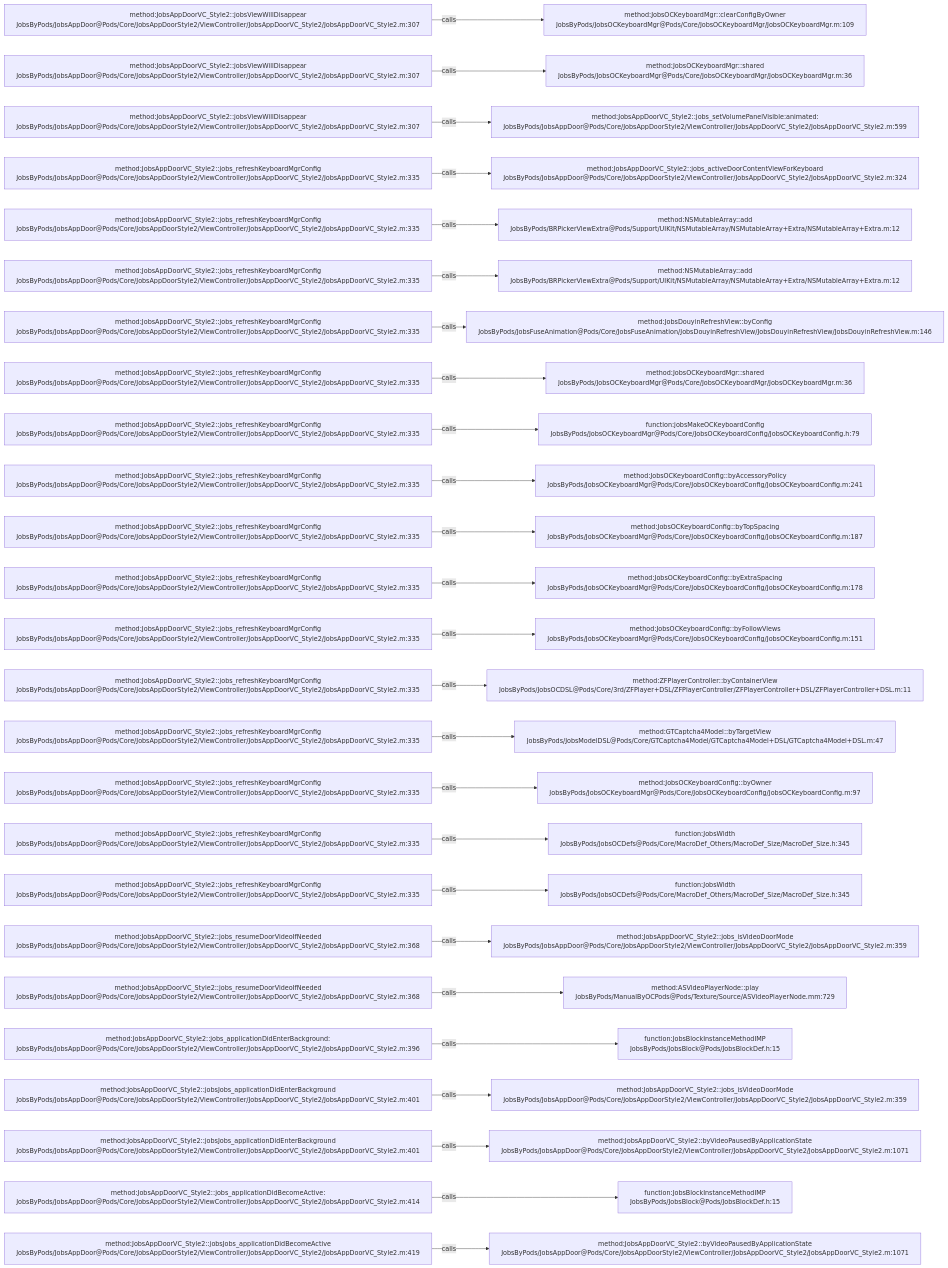
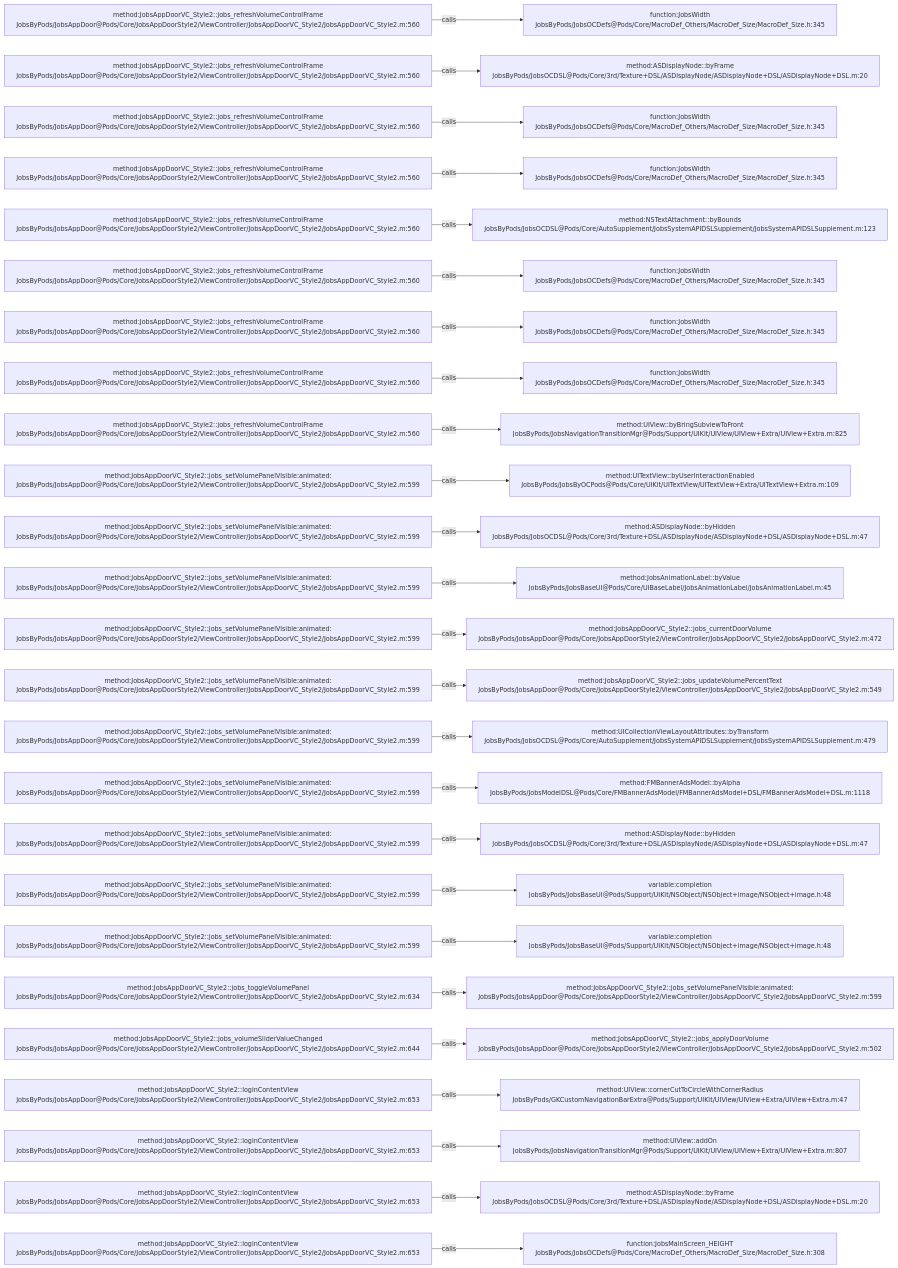
One commit to JobsKits/JobsOCBaseConfigDemo changed the diagram in .codegraph/codegraph.md/graphs/calls-140.md. Above: the diagram before and after it, drawn with Mermaid. The commit also changed 223 other files, not shown here.

````diff
--- a/.codegraph/codegraph.md/graphs/calls-140.md
+++ b/.codegraph/codegraph.md/graphs/calls-140.md
@@ -13,78 +13,78 @@
 ```mermaid
 flowchart LR
-  S1["method:JobsAppDoorVC_Style2::jobsViewWillDisappear<br/>JobsByPods/JobsAppDoor@Pods/Core/JobsAppDoorStyle2/ViewController/JobsAppDoorVC_Style2/JobsAppDoorVC_Style2.m:307"]
-  T1["method:JobsOCKeyboardMgr::clearConfigByOwner<br/>JobsByPods/JobsOCKeyboardMgr@Pods/Core/JobsOCKeyboardMgr/JobsOCKeyboardMgr.m:109"]
+  S1["method:JobsAppDoorVC_Style2::jobs_refreshVolumeControlFrame<br/>JobsByPods/JobsAppDoor@Pods/Core/JobsAppDoorStyle2/ViewController/JobsAppDoorVC_Style2/JobsAppDoorVC_Style2.m:560"]
+  T1["function:JobsWidth<br/>JobsByPods/JobsOCDefs@Pods/Core/MacroDef_Others/MacroDef_Size/MacroDef_Size.h:345"]
   S1 -->|calls| T1
-  S2["method:JobsAppDoorVC_Style2::jobsViewWillDisappear<br/>JobsByPods/JobsAppDoor@Pods/Core/JobsAppDoorStyle2/ViewController/JobsAppDoorVC_Style2/JobsAppDoorVC_Style2.m:307"]
-  T2["method:JobsOCKeyboardMgr::shared<br/>JobsByPods/JobsOCKeyboardMgr@Pods/Core/JobsOCKeyboardMgr/JobsOCKeyboardMgr.m:36"]
+  S2["method:JobsAppDoorVC_Style2::jobs_refreshVolumeControlFrame<br/>JobsByPods/JobsAppDoor@Pods/Core/JobsAppDoorStyle2/ViewController/JobsAppDoorVC_Style2/JobsAppDoorVC_Style2.m:560"]
+  T2["method:ASDisplayNode::byFrame<br/>JobsByPods/JobsOCDSL@Pods/Core/3rd/Texture+DSL/ASDisplayNode/ASDisplayNode+DSL/ASDisplayNode+DSL.m:20"]
   S2 -->|calls| T2
-  S3["method:JobsAppDoorVC_Style2::jobsViewWillDisappear<br/>JobsByPods/JobsAppDoor@Pods/Core/JobsAppDoorStyle2/ViewController/JobsAppDoorVC_Style2/JobsAppDoorVC_Style2.m:307"]
-  T3["method:JobsAppDoorVC_Style2::jobs_setVolumePanelVisible:animated:<br/>JobsByPods/JobsAppDoor@Pods/Core/JobsAppDoorStyle2/ViewController/JobsAppDoorVC_Style2/JobsAppDoorVC_Style2.m:599"]
+  S3["method:JobsAppDoorVC_Style2::jobs_refreshVolumeControlFrame<br/>JobsByPods/JobsAppDoor@Pods/Core/JobsAppDoorStyle2/ViewController/JobsAppDoorVC_Style2/JobsAppDoorVC_Style2.m:560"]
+  T3["function:JobsWidth<br/>JobsByPods/JobsOCDefs@Pods/Core/MacroDef_Others/MacroDef_Size/MacroDef_Size.h:345"]
   S3 -->|calls| T3
-  S4["method:JobsAppDoorVC_Style2::jobs_refreshKeyboardMgrConfig<br/>JobsByPods/JobsAppDoor@Pods/Core/JobsAppDoorStyle2/ViewController/JobsAppDoorVC_Style2/JobsAppDoorVC_Style2.m:335"]
-  T4["method:JobsAppDoorVC_Style2::jobs_activeDoorContentViewForKeyboard<br/>JobsByPods/JobsAppDoor@Pods/Core/JobsAppDoorStyle2/ViewController/JobsAppDoorVC_Style2/JobsAppDoorVC_Style2.m:324"]
+  S4["method:JobsAppDoorVC_Style2::jobs_refreshVolumeControlFrame<br/>JobsByPods/JobsAppDoor@Pods/Core/JobsAppDoorStyle2/ViewController/JobsAppDoorVC_Style2/JobsAppDoorVC_Style2.m:560"]
+  T4["function:JobsWidth<br/>JobsByPods/JobsOCDefs@Pods/Core/MacroDef_Others/MacroDef_Size/MacroDef_Size.h:345"]
   S4 -->|calls| T4
-  S5["method:JobsAppDoorVC_Style2::jobs_refreshKeyboardMgrConfig<br/>JobsByPods/JobsAppDoor@Pods/Core/JobsAppDoorStyle2/ViewController/JobsAppDoorVC_Style2/JobsAppDoorVC_Style2.m:335"]
-  T5["method:NSMutableArray::add<br/>JobsByPods/BRPickerViewExtra@Pods/Support/UIKit/NSMutableArray/NSMutableArray+Extra/NSMutableArray+Extra.m:12"]
+  S5["method:JobsAppDoorVC_Style2::jobs_refreshVolumeControlFrame<br/>JobsByPods/JobsAppDoor@Pods/Core/JobsAppDoorStyle2/ViewController/JobsAppDoorVC_Style2/JobsAppDoorVC_Style2.m:560"]
+  T5["method:NSTextAttachment::byBounds<br/>JobsByPods/JobsOCDSL@Pods/Core/AutoSupplement/JobsSystemAPIDSLSupplement/JobsSystemAPIDSLSupplement.m:123"]
   S5 -->|calls| T5
-  S6["method:JobsAppDoorVC_Style2::jobs_refreshKeyboardMgrConfig<br/>JobsByPods/JobsAppDoor@Pods/Core/JobsAppDoorStyle2/ViewController/JobsAppDoorVC_Style2/JobsAppDoorVC_Style2.m:335"]
-  T6["method:NSMutableArray::add<br/>JobsByPods/BRPickerViewExtra@Pods/Support/UIKit/NSMutableArray/NSMutableArray+Extra/NSMutableArray+Extra.m:12"]
+  S6["method:JobsAppDoorVC_Style2::jobs_refreshVolumeControlFrame<br/>JobsByPods/JobsAppDoor@Pods/Core/JobsAppDoorStyle2/ViewController/JobsAppDoorVC_Style2/JobsAppDoorVC_Style2.m:560"]
+  T6["function:JobsWidth<br/>JobsByPods/JobsOCDefs@Pods/Core/MacroDef_Others/MacroDef_Size/MacroDef_Size.h:345"]
   S6 -->|calls| T6
-  S7["method:JobsAppDoorVC_Style2::jobs_refreshKeyboardMgrConfig<br/>JobsByPods/JobsAppDoor@Pods/Core/JobsAppDoorStyle2/ViewController/JobsAppDoorVC_Style2/JobsAppDoorVC_Style2.m:335"]
-  T7["method:JobsDouyinRefreshView::byConfig<br/>JobsByPods/JobsFuseAnimation@Pods/Core/JobsFuseAnimation/JobsDouyinRefreshView/JobsDouyinRefreshView/JobsDouyinRefreshView.m:146"]
+  S7["method:JobsAppDoorVC_Style2::jobs_refreshVolumeControlFrame<br/>JobsByPods/JobsAppDoor@Pods/Core/JobsAppDoorStyle2/ViewController/JobsAppDoorVC_Style2/JobsAppDoorVC_Style2.m:560"]
+  T7["function:JobsWidth<br/>JobsByPods/JobsOCDefs@Pods/Core/MacroDef_Others/MacroDef_Size/MacroDef_Size.h:345"]
   S7 -->|calls| T7
-  S8["method:JobsAppDoorVC_Style2::jobs_refreshKeyboardMgrConfig<br/>JobsByPods/JobsAppDoor@Pods/Core/JobsAppDoorStyle2/ViewController/JobsAppDoorVC_Style2/JobsAppDoorVC_Style2.m:335"]
-  T8["method:JobsOCKeyboardMgr::shared<br/>JobsByPods/JobsOCKeyboardMgr@Pods/Core/JobsOCKeyboardMgr/JobsOCKeyboardMgr.m:36"]
+  S8["method:JobsAppDoorVC_Style2::jobs_refreshVolumeControlFrame<br/>JobsByPods/JobsAppDoor@Pods/Core/JobsAppDoorStyle2/ViewController/JobsAppDoorVC_Style2/JobsAppDoorVC_Style2.m:560"]
+  T8["function:JobsWidth<br/>JobsByPods/JobsOCDefs@Pods/Core/MacroDef_Others/MacroDef_Size/MacroDef_Size.h:345"]
   S8 -->|calls| T8
-  S9["method:JobsAppDoorVC_Style2::jobs_refreshKeyboardMgrConfig<br/>JobsByPods/JobsAppDoor@Pods/Core/JobsAppDoorStyle2/ViewController/JobsAppDoorVC_Style2/JobsAppDoorVC_Style2.m:335"]
-  T9["function:jobsMakeOCKeyboardConfig<br/>JobsByPods/JobsOCKeyboardMgr@Pods/Core/JobsOCKeyboardConfig/JobsOCKeyboardConfig.h:79"]
+  S9["method:JobsAppDoorVC_Style2::jobs_refreshVolumeControlFrame<br/>JobsByPods/JobsAppDoor@Pods/Core/JobsAppDoorStyle2/ViewController/JobsAppDoorVC_Style2/JobsAppDoorVC_Style2.m:560"]
+  T9["method:UIView::byBringSubviewToFront<br/>JobsByPods/JobsNavigationTransitionMgr@Pods/Support/UIKit/UIView/UIView+Extra/UIView+Extra.m:825"]
   S9 -->|calls| T9
-  S10["method:JobsAppDoorVC_Style2::jobs_refreshKeyboardMgrConfig<br/>JobsByPods/JobsAppDoor@Pods/Core/JobsAppDoorStyle2/ViewController/JobsAppDoorVC_Style2/JobsAppDoorVC_Style2.m:335"]
-  T10["method:JobsOCKeyboardConfig::byAccessoryPolicy<br/>JobsByPods/JobsOCKeyboardMgr@Pods/Core/JobsOCKeyboardConfig/JobsOCKeyboardConfig.m:241"]
+  S10["method:JobsAppDoorVC_Style2::jobs_setVolumePanelVisible:animated:<br/>JobsByPods/JobsAppDoor@Pods/Core/JobsAppDoorStyle2/ViewController/JobsAppDoorVC_Style2/JobsAppDoorVC_Style2.m:599"]
+  T10["method:UITextView::byUserInteractionEnabled<br/>JobsByPods/JobsByOCPods@Pods/Core/UIKit/UITextView/UITextView+Extra/UITextView+Extra.m:109"]
   S10 -->|calls| T10
-  S11["method:JobsAppDoorVC_Style2::jobs_refreshKeyboardMgrConfig<br/>JobsByPods/JobsAppDoor@Pods/Core/JobsAppDoorStyle2/ViewController/JobsAppDoorVC_Style2/JobsAppDoorVC_Style2.m:335"]
-  T11["method:JobsOCKeyboardConfig::byTopSpacing<br/>JobsByPods/JobsOCKeyboardMgr@Pods/Core/JobsOCKeyboardConfig/JobsOCKeyboardConfig.m:187"]
+  S11["method:JobsAppDoorVC_Style2::jobs_setVolumePanelVisible:animated:<br/>JobsByPods/JobsAppDoor@Pods/Core/JobsAppDoorStyle2/ViewController/JobsAppDoorVC_Style2/JobsAppDoorVC_Style2.m:599"]
+  T11["method:ASDisplayNode::byHidden<br/>JobsByPods/JobsOCDSL@Pods/Core/3rd/Texture+DSL/ASDisplayNode/ASDisplayNode+DSL/ASDisplayNode+DSL.m:47"]
   S11 -->|calls| T11
-  S12["method:JobsAppDoorVC_Style2::jobs_refreshKeyboardMgrConfig<br/>JobsByPods/JobsAppDoor@Pods/Core/JobsAppDoorStyle2/ViewController/JobsAppDoorVC_Style2/JobsAppDoorVC_Style2.m:335"]
-  T12["method:JobsOCKeyboardConfig::byExtraSpacing<br/>JobsByPods/JobsOCKeyboardMgr@Pods/Core/JobsOCKeyboardConfig/JobsOCKeyboardConfig.m:178"]
+  S12["method:JobsAppDoorVC_Style2::jobs_setVolumePanelVisible:animated:<br/>JobsByPods/JobsAppDoor@Pods/Core/JobsAppDoorStyle2/ViewController/JobsAppDoorVC_Style2/JobsAppDoorVC_Style2.m:599"]
+  T12["method:JobsAnimationLabel::byValue<br/>JobsByPods/JobsBaseUI@Pods/Core/UIBaseLabel/JobsAnimationLabel/JobsAnimationLabel.m:45"]
   S12 -->|calls| T12
-  S13["method:JobsAppDoorVC_Style2::jobs_refreshKeyboardMgrConfig<br/>JobsByPods/JobsAppDoor@Pods/Core/JobsAppDoorStyle2/ViewController/JobsAppDoorVC_Style2/JobsAppDoorVC_Style2.m:335"]
-  T13["method:JobsOCKeyboardConfig::byFollowViews<br/>JobsByPods/JobsOCKeyboardMgr@Pods/Core/JobsOCKeyboardConfig/JobsOCKeyboardConfig.m:151"]
+  S13["method:JobsAppDoorVC_Style2::jobs_setVolumePanelVisible:animated:<br/>JobsByPods/JobsAppDoor@Pods/Core/JobsAppDoorStyle2/ViewController/JobsAppDoorVC_Style2/JobsAppDoorVC_Style2.m:599"]
+  T13["method:JobsAppDoorVC_Style2::jobs_currentDoorVolume<br/>JobsByPods/JobsAppDoor@Pods/Core/JobsAppDoorStyle2/ViewController/JobsAppDoorVC_Style2/JobsAppDoorVC_Style2.m:472"]
   S13 -->|calls| T13
-  S14["method:JobsAppDoorVC_Style2::jobs_refreshKeyboardMgrConfig<br/>JobsByPods/JobsAppDoor@Pods/Core/JobsAppDoorStyle2/ViewController/JobsAppDoorVC_Style2/JobsAppDoorVC_Style2.m:335"]
-  T14["method:ZFPlayerController::byContainerView<br/>JobsByPods/JobsOCDSL@Pods/Core/3rd/ZFPlayer+DSL/ZFPlayerController/ZFPlayerController+DSL/ZFPlayerController+DSL.m:11"]
+  S14["method:JobsAppDoorVC_Style2::jobs_setVolumePanelVisible:animated:<br/>JobsByPods/JobsAppDoor@Pods/Core/JobsAppDoorStyle2/ViewController/JobsAppDoorVC_Style2/JobsAppDoorVC_Style2.m:599"]
+  T14["method:JobsAppDoorVC_Style2::jobs_updateVolumePercentText<br/>JobsByPods/JobsAppDoor@Pods/Core/JobsAppDoorStyle2/ViewController/JobsAppDoorVC_Style2/JobsAppDoorVC_Style2.m:549"]
   S14 -->|calls| T14
-  S15["method:JobsAppDoorVC_Style2::jobs_refreshKeyboardMgrConfig<br/>JobsByPods/JobsAppDoor@Pods/Core/JobsAppDoorStyle2/ViewController/JobsAppDoorVC_Style2/JobsAppDoorVC_Style2.m:335"]
-  T15["method:GTCaptcha4Model::byTargetView<br/>JobsByPods/JobsModelDSL@Pods/Core/GTCaptcha4Model/GTCaptcha4Model+DSL/GTCaptcha4Model+DSL.m:47"]
+  S15["method:JobsAppDoorVC_Style2::jobs_setVolumePanelVisible:animated:<br/>JobsByPods/JobsAppDoor@Pods/Core/JobsAppDoorStyle2/ViewController/JobsAppDoorVC_Style2/JobsAppDoorVC_Style2.m:599"]
+  T15["method:UICollectionViewLayoutAttributes::byTransform<br/>JobsByPods/JobsOCDSL@Pods/Core/AutoSupplement/JobsSystemAPIDSLSupplement/JobsSystemAPIDSLSupplement.m:479"]
   S15 -->|calls| T15
-  S16["method:JobsAppDoorVC_Style2::jobs_refreshKeyboardMgrConfig<br/>JobsByPods/JobsAppDoor@Pods/Core/JobsAppDoorStyle2/ViewController/JobsAppDoorVC_Style2/JobsAppDoorVC_Style2.m:335"]
-  T16["method:JobsOCKeyboardConfig::byOwner<br/>JobsByPods/JobsOCKeyboardMgr@Pods/Core/JobsOCKeyboardConfig/JobsOCKeyboardConfig.m:97"]
+  S16["method:JobsAppDoorVC_Style2::jobs_setVolumePanelVisible:animated:<br/>JobsByPods/JobsAppDoor@Pods/Core/JobsAppDoorStyle2/ViewController/JobsAppDoorVC_Style2/JobsAppDoorVC_Style2.m:599"]
+  T16["method:FMBannerAdsModel::byAlpha<br/>JobsByPods/JobsModelDSL@Pods/Core/FMBannerAdsModel/FMBannerAdsModel+DSL/FMBannerAdsModel+DSL.m:1118"]
   S16 -->|calls| T16
-  S17["method:JobsAppDoorVC_Style2::jobs_refreshKeyboardMgrConfig<br/>JobsByPods/JobsAppDoor@Pods/Core/JobsAppDoorStyle2/ViewController/JobsAppDoorVC_Style2/JobsAppDoorVC_Style2.m:335"]
-  T17["function:JobsWidth<br/>JobsByPods/JobsOCDefs@Pods/Core/MacroDef_Others/MacroDef_Size/MacroDef_Size.h:345"]
+  S17["method:JobsAppDoorVC_Style2::jobs_setVolumePanelVisible:animated:<br/>JobsByPods/JobsAppDoor@Pods/Core/JobsAppDoorStyle2/ViewController/JobsAppDoorVC_Style2/JobsAppDoorVC_Style2.m:599"]
+  T17["method:ASDisplayNode::byHidden<br/>JobsByPods/JobsOCDSL@Pods/Core/3rd/Texture+DSL/ASDisplayNode/ASDisplayNode+DSL/ASDisplayNode+DSL.m:47"]
   S17 -->|calls| T17
-  S18["method:JobsAppDoorVC_Style2::jobs_refreshKeyboardMgrConfig<br/>JobsByPods/JobsAppDoor@Pods/Core/JobsAppDoorStyle2/ViewController/JobsAppDoorVC_Style2/JobsAppDoorVC_Style2.m:335"]
-  T18["function:JobsWidth<br/>JobsByPods/JobsOCDefs@Pods/Core/MacroDef_Others/MacroDef_Size/MacroDef_Size.h:345"]
+  S18["method:JobsAppDoorVC_Style2::jobs_setVolumePanelVisible:animated:<br/>JobsByPods/JobsAppDoor@Pods/Core/JobsAppDoorStyle2/ViewController/JobsAppDoorVC_Style2/JobsAppDoorVC_Style2.m:599"]
+  T18["variable:completion<br/>JobsByPods/JobsBaseUI@Pods/Support/UIKit/NSObject/NSObject+image/NSObject+image.h:48"]
   S18 -->|calls| T18
-  S19["method:JobsAppDoorVC_Style2::jobs_resumeDoorVideoIfNeeded<br/>JobsByPods/JobsAppDoor@Pods/Core/JobsAppDoorStyle2/ViewController/JobsAppDoorVC_Style2/JobsAppDoorVC_Style2.m:368"]
-  T19["method:JobsAppDoorVC_Style2::jobs_isVideoDoorMode<br/>JobsByPods/JobsAppDoor@Pods/Core/JobsAppDoorStyle2/ViewController/JobsAppDoorVC_Style2/JobsAppDoorVC_Style2.m:359"]
+  S19["method:JobsAppDoorVC_Style2::jobs_setVolumePanelVisible:animated:<br/>JobsByPods/JobsAppDoor@Pods/Core/JobsAppDoorStyle2/ViewController/JobsAppDoorVC_Style2/JobsAppDoorVC_Style2.m:599"]
+  T19["variable:completion<br/>JobsByPods/JobsBaseUI@Pods/Support/UIKit/NSObject/NSObject+image/NSObject+image.h:48"]
   S19 -->|calls| T19
-  S20["method:JobsAppDoorVC_Style2::jobs_resumeDoorVideoIfNeeded<br/>JobsByPods/JobsAppDoor@Pods/Core/JobsAppDoorStyle2/ViewController/JobsAppDoorVC_Style2/JobsAppDoorVC_Style2.m:368"]
-  T20["method:ASVideoPlayerNode::play<br/>JobsByPods/ManualByOCPods@Pods/Texture/Source/ASVideoPlayerNode.mm:729"]
+  S20["method:JobsAppDoorVC_Style2::jobs_toggleVolumePanel<br/>JobsByPods/JobsAppDoor@Pods/Core/JobsAppDoorStyle2/ViewController/JobsAppDoorVC_Style2/JobsAppDoorVC_Style2.m:634"]
+  T20["method:JobsAppDoorVC_Style2::jobs_setVolumePanelVisible:animated:<br/>JobsByPods/JobsAppDoor@Pods/Core/JobsAppDoorStyle2/ViewController/JobsAppDoorVC_Style2/JobsAppDoorVC_Style2.m:599"]
   S20 -->|calls| T20
-  S21["method:JobsAppDoorVC_Style2::jobs_applicationDidEnterBackground:<br/>JobsByPods/JobsAppDoor@Pods/Core/JobsAppDoorStyle2/ViewController/JobsAppDoorVC_Style2/JobsAppDoorVC_Style2.m:396"]
-  T21["function:JobsBlockInstanceMethodIMP<br/>JobsByPods/JobsBlock@Pods/JobsBlockDef.h:15"]
+  S21["method:JobsAppDoorVC_Style2::jobs_volumeSliderValueChanged<br/>JobsByPods/JobsAppDoor@Pods/Core/JobsAppDoorStyle2/ViewController/JobsAppDoorVC_Style2/JobsAppDoorVC_Style2.m:644"]
+  T21["method:JobsAppDoorVC_Style2::jobs_applyDoorVolume<br/>JobsByPods/JobsAppDoor@Pods/Core/JobsAppDoorStyle2/ViewController/JobsAppDoorVC_Style2/JobsAppDoorVC_Style2.m:502"]
   S21 -->|calls| T21
-  S22["method:JobsAppDoorVC_Style2::jobsJobs_applicationDidEnterBackground<br/>JobsByPods/JobsAppDoor@Pods/Core/JobsAppDoorStyle2/ViewController/JobsAppDoorVC_Style2/JobsAppDoorVC_Style2.m:401"]
-  T22["method:JobsAppDoorVC_Style2::jobs_isVideoDoorMode<br/>JobsByPods/JobsAppDoor@Pods/Core/JobsAppDoorStyle2/ViewController/JobsAppDoorVC_Style2/JobsAppDoorVC_Style2.m:359"]
+  S22["method:JobsAppDoorVC_Style2::loginContentView<br/>JobsByPods/JobsAppDoor@Pods/Core/JobsAppDoorStyle2/ViewController/JobsAppDoorVC_Style2/JobsAppDoorVC_Style2.m:653"]
+  T22["method:UIView::cornerCutToCircleWithCornerRadius<br/>JobsByPods/GKCustomNavigationBarExtra@Pods/Support/UIKit/UIView/UIView+Extra/UIView+Extra.m:47"]
   S22 -->|calls| T22
-  S23["method:JobsAppDoorVC_Style2::jobsJobs_applicationDidEnterBackground<br/>JobsByPods/JobsAppDoor@Pods/Core/JobsAppDoorStyle2/ViewController/JobsAppDoorVC_Style2/JobsAppDoorVC_Style2.m:401"]
-  T23["method:JobsAppDoorVC_Style2::byVideoPausedByApplicationState<br/>JobsByPods/JobsAppDoor@Pods/Core/JobsAppDoorStyle2/ViewController/JobsAppDoorVC_Style2/JobsAppDoorVC_Style2.m:1071"]
+  S23["method:JobsAppDoorVC_Style2::loginContentView<br/>JobsByPods/JobsAppDoor@Pods/Core/JobsAppDoorStyle2/ViewController/JobsAppDoorVC_Style2/JobsAppDoorVC_Style2.m:653"]
+  T23["method:UIView::addOn<br/>JobsByPods/JobsNavigationTransitionMgr@Pods/Support/UIKit/UIView/UIView+Extra/UIView+Extra.m:807"]
   S23 -->|calls| T23
-  S24["method:JobsAppDoorVC_Style2::jobs_applicationDidBecomeActive:<br/>JobsByPods/JobsAppDoor@Pods/Core/JobsAppDoorStyle2/ViewController/JobsAppDoorVC_Style2/JobsAppDoorVC_Style2.m:414"]
-  T24["function:JobsBlockInstanceMethodIMP<br/>JobsByPods/JobsBlock@Pods/JobsBlockDef.h:15"]
+  S24["method:JobsAppDoorVC_Style2::loginContentView<br/>JobsByPods/JobsAppDoor@Pods/Core/JobsAppDoorStyle2/ViewController/JobsAppDoorVC_Style2/JobsAppDoorVC_Style2.m:653"]
+  T24["method:ASDisplayNode::byFrame<br/>JobsByPods/JobsOCDSL@Pods/Core/3rd/Texture+DSL/ASDisplayNode/ASDisplayNode+DSL/ASDisplayNode+DSL.m:20"]
   S24 -->|calls| T24
-  S25["method:JobsAppDoorVC_Style2::jobsJobs_applicationDidBecomeActive<br/>JobsByPods/JobsAppDoor@Pods/Core/JobsAppDoorStyle2/ViewController/JobsAppDoorVC_Style2/JobsAppDoorVC_Style2.m:419"]
-  T25["method:JobsAppDoorVC_Style2::byVideoPausedByApplicationState<br/>JobsByPods/JobsAppDoor@Pods/Core/JobsAppDoorStyle2/ViewController/JobsAppDoorVC_Style2/JobsAppDoorVC_Style2.m:1071"]
+  S25["method:JobsAppDoorVC_Style2::loginContentView<br/>JobsByPods/JobsAppDoor@Pods/Core/JobsAppDoorStyle2/ViewController/JobsAppDoorVC_Style2/JobsAppDoorVC_Style2.m:653"]
+  T25["function:JobsMainScreen_HEIGHT<br/>JobsByPods/JobsOCDefs@Pods/Core/MacroDef_Others/MacroDef_Size/MacroDef_Size.h:308"]
   S25 -->|calls| T25
 ```
````
